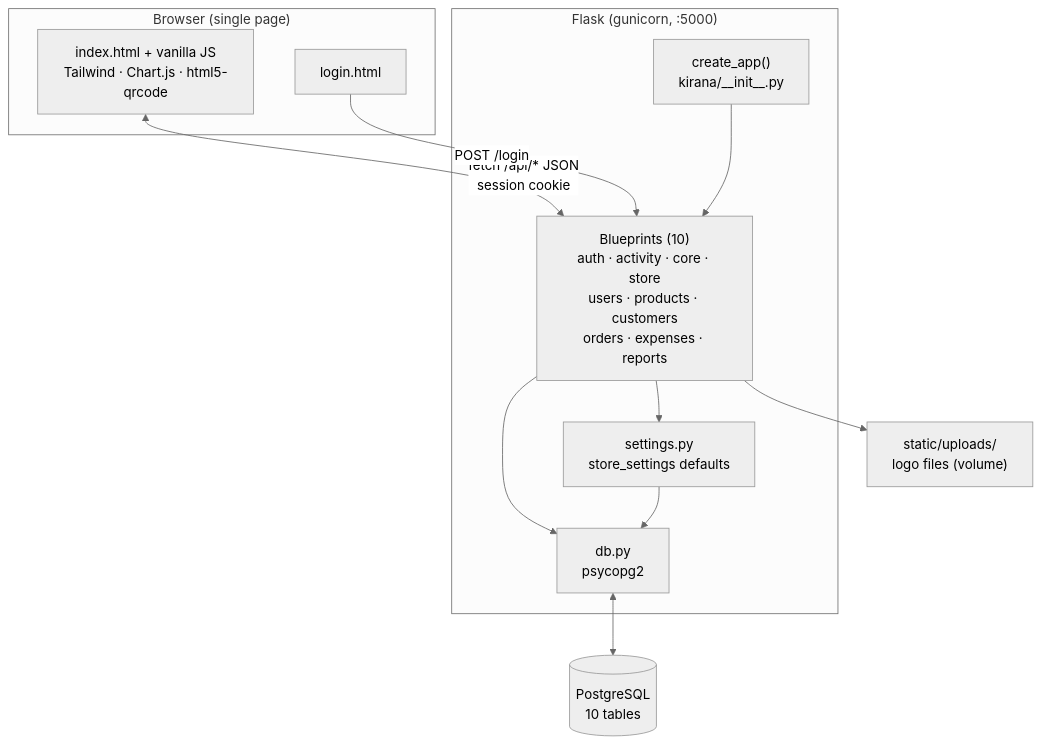
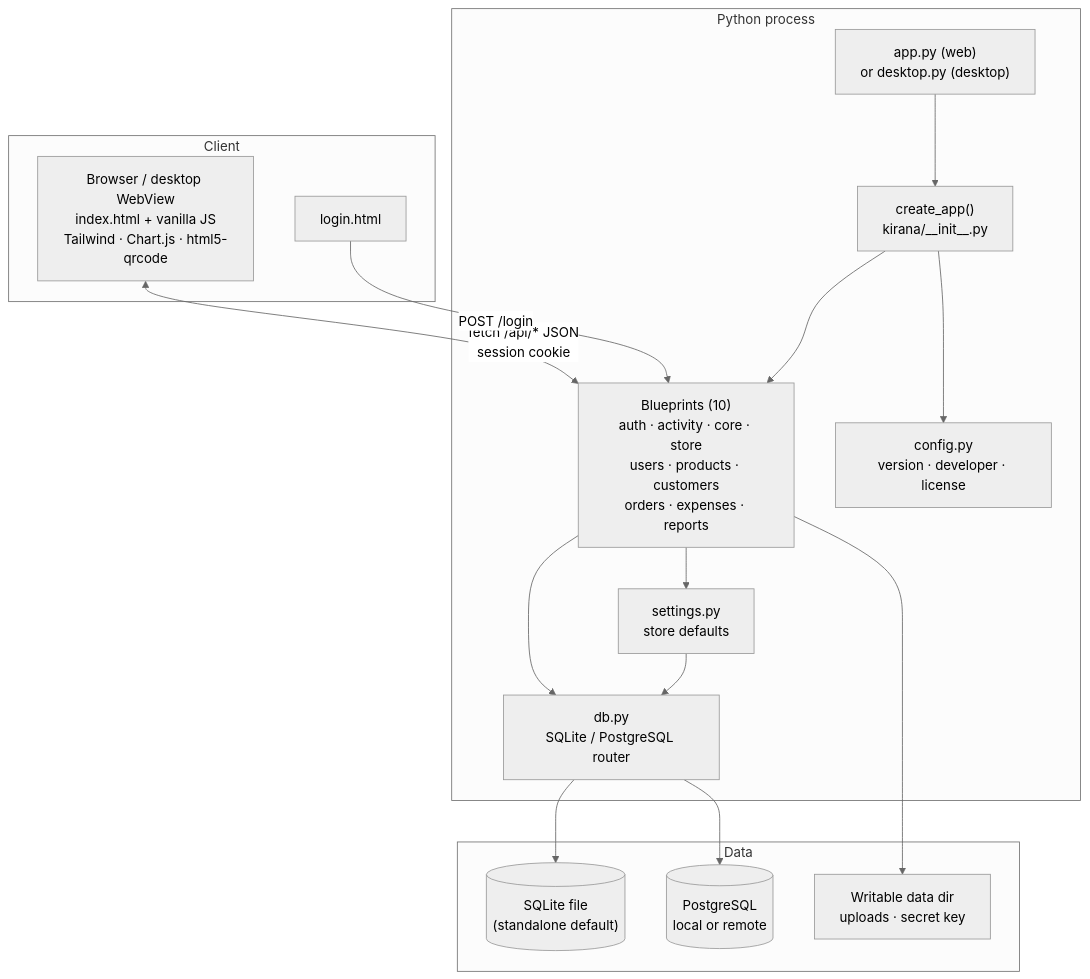
The first of 6 diagrams in docs/ARCHITECTURE.md (vipulverulkar/Indian-Kirana-Store), drawn with Mermaid (neutral theme) before and after one commit. The commit also changed other lines of this file and 13 other files, not shown here.

````diff
--- a/docs/ARCHITECTURE.md
+++ b/docs/ARCHITECTURE.md
@@ -5,24 +8,34 @@
 ```mermaid
 flowchart TB
-    subgraph Client["Browser (single page)"]
-        UI["index.html + vanilla JS<br/>Tailwind · Chart.js · html5-qrcode"]
+    subgraph Client["Client"]
+        UI["Browser / desktop WebView<br/>index.html + vanilla JS<br/>Tailwind · Chart.js · html5-qrcode"]
         LOGIN["login.html"]
     end
-    subgraph Server["Flask (gunicorn, :5000)"]
+
+    subgraph Server["Python process"]
+        ENTRY["app.py (web)<br/>or desktop.py (desktop)"]
         FACT["create_app()<br/>kirana/__init__.py"]
         BP["Blueprints (10)<br/>auth · activity · core · store<br/>users · products · customers<br/>orders · expenses · reports"]
-        SET["settings.py<br/>store_settings defaults"]
-        DBH["db.py<br/>psycopg2"]
+        CFG["config.py<br/>version · developer · license"]
+        SET["settings.py<br/>store defaults"]
+        DBH["db.py<br/>SQLite / PostgreSQL router"]
     end
-    PG[("PostgreSQL<br/>10 tables")]
-    UP["static/uploads/<br/>logo files (volume)"]
+
+    subgraph Storage["Data"]
+        SQLITE[("SQLite file<br/>(standalone default)")]
+        PG[("PostgreSQL<br/>local or remote")]
+        DATA["Writable data dir<br/>uploads · secret key"]
+    end
 
     UI <-->|fetch /api/* JSON<br/>session cookie| BP
     LOGIN -->|POST /login| BP
+    ENTRY --> FACT
     FACT --> BP
+    FACT --> CFG
     BP --> SET
     BP --> DBH
     SET --> DBH
-    DBH <--> PG
-    BP --> UP
+    DBH --> SQLITE
+    DBH --> PG
+    BP --> DATA
 ```
````
